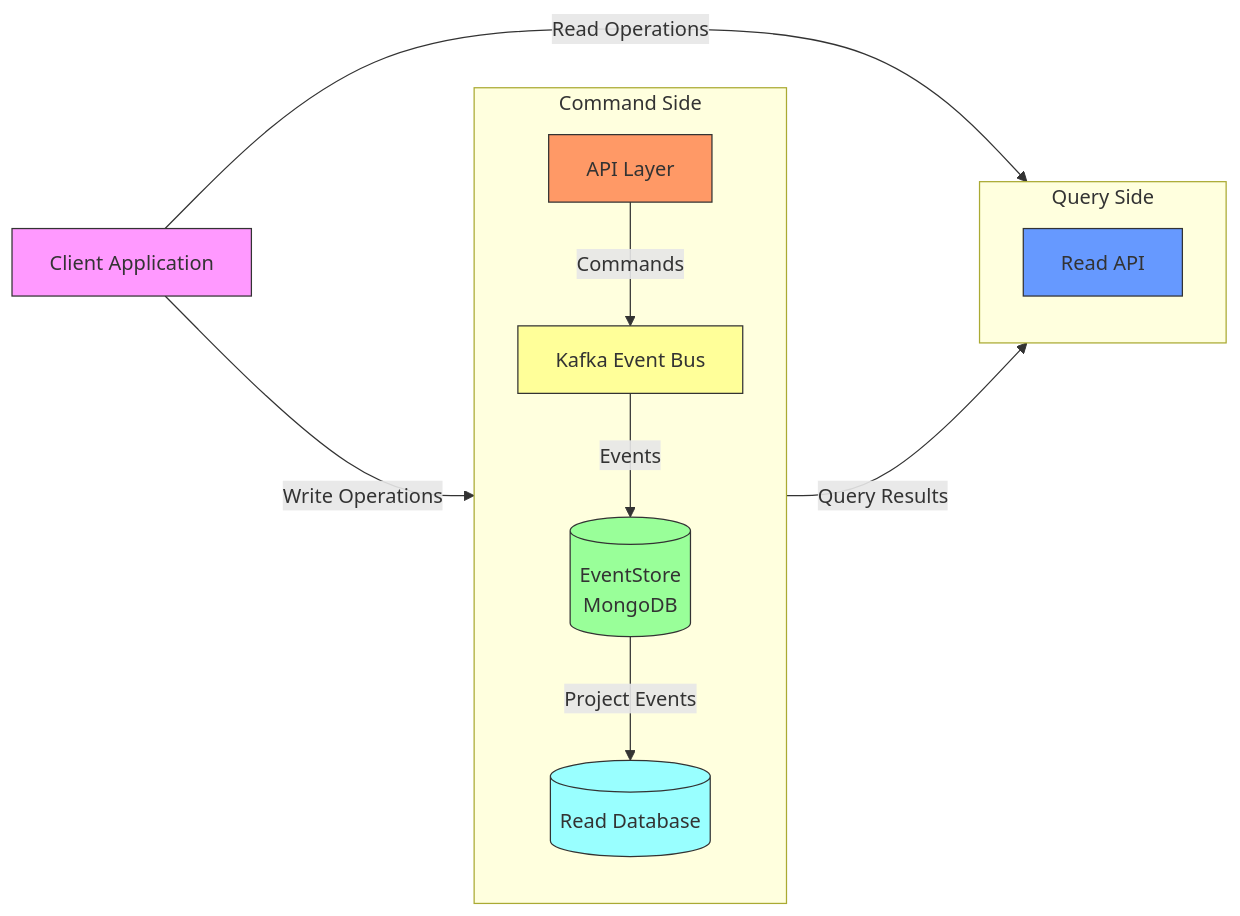
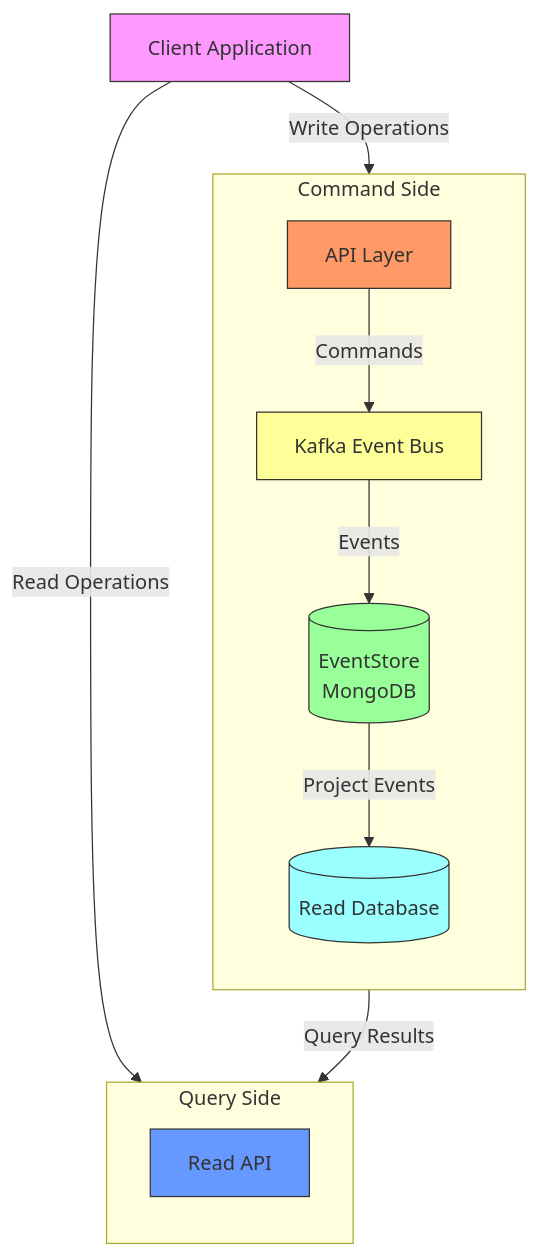
Before and after one commit to staruser143/dash-app: the diagram in demo.md, drawn with Mermaid.

````diff
--- a/demo.md
+++ b/demo.md
@@ -1,33 +1,33 @@
 ```mermaid
- flowchart LR
+ flowchart TB
     Client[Client Application]
     API[API Layer]
     Kafka[Kafka Event Bus]
     MongoDB[(EventStore\nMongoDB)]
     ReadDB[(Read Database)]
     
     subgraph Command Side
         direction TB
         API --> |Commands| Kafka
         Kafka --> |Events| MongoDB
         MongoDB --> |Project Events| ReadDB
     end
     
     subgraph Query Side
         direction TB
         ReadAPI[Read API]
         ReadDB --> |Query Results| ReadAPI
     end
     
     Client --> |Write Operations| API
     Client --> |Read Operations| ReadAPI
     
     style Client fill:#f9f,stroke:#333
     style Kafka fill:#ff9,stroke:#333
     style MongoDB fill:#9f9,stroke:#333
     style ReadDB fill:#9ff,stroke:#333
     style API fill:#f96,stroke:#333
     style ReadAPI fill:#69f,stroke:#333
 
 
 ```
````
